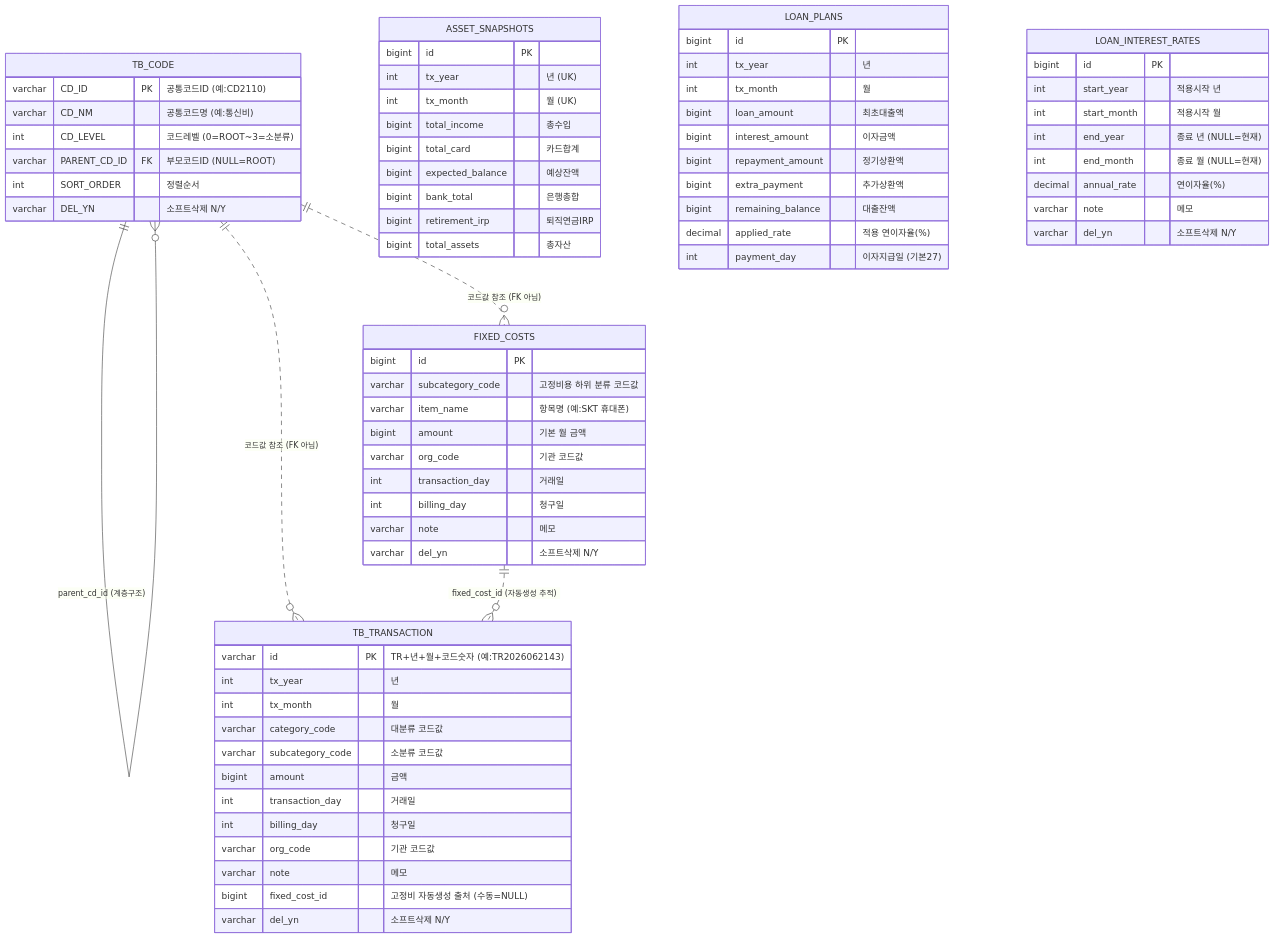
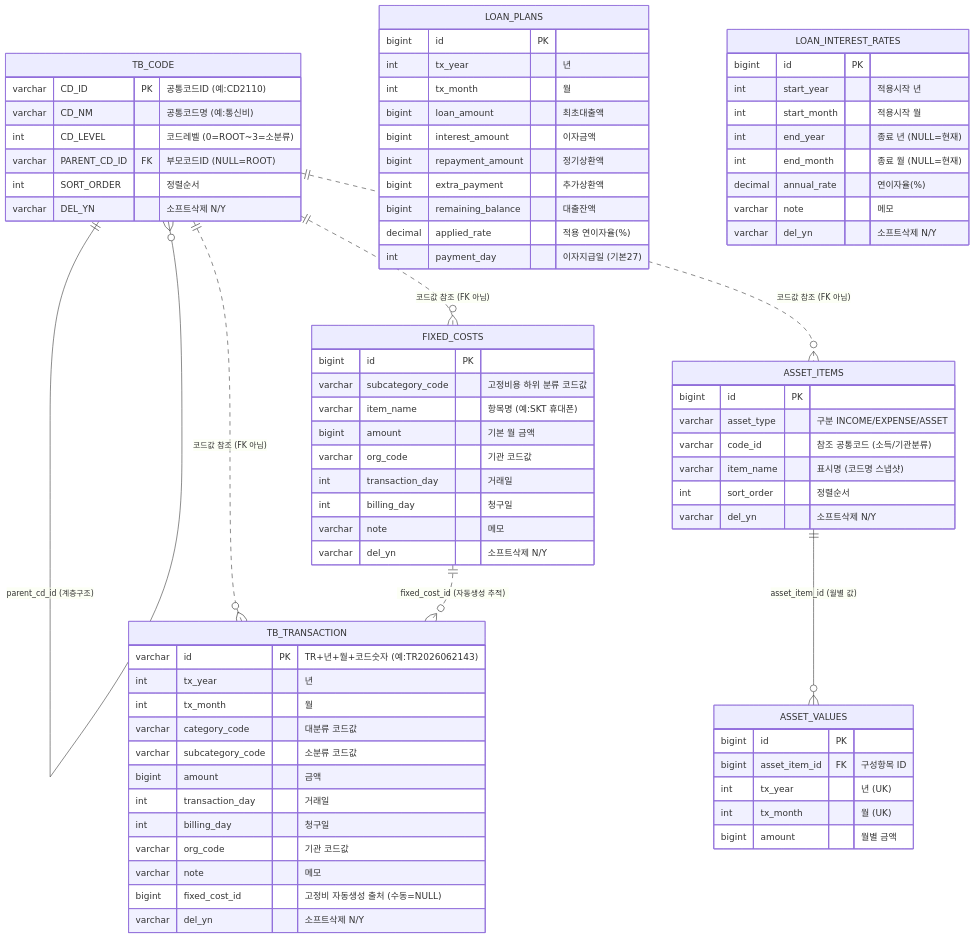
Before and after one commit to yeonzii/finance-app: the diagram in ERD.md, drawn with Mermaid. The commit also changed other lines of this file and 4 other files, not shown here.

First line of the commit message:
refactor: 자산현황 데이터모델 정리 (ERD 갱신 + 레거시 제거)

```diff
--- a/ERD.md
+++ b/ERD.md
@@ -10,7 +10,9 @@
     TB_CODE ||--o{ TB_CODE : "parent_cd_id (계층구조)"
     TB_CODE ||..o{ TB_TRANSACTION : "코드값 참조 (FK 아님)"
     TB_CODE ||..o{ FIXED_COSTS : "코드값 참조 (FK 아님)"
+    TB_CODE ||..o{ ASSET_ITEMS : "코드값 참조 (FK 아님)"
     FIXED_COSTS ||..o{ TB_TRANSACTION : "fixed_cost_id (자동생성 추적)"
+    ASSET_ITEMS ||--o{ ASSET_VALUES : "asset_item_id (월별 값)"
 
     TB_CODE {
         varchar CD_ID PK "공통코드ID (예:CD2110)"
@@ -48,16 +50,21 @@
         varchar del_yn "소프트삭제 N/Y"
     }
 
-    ASSET_SNAPSHOTS {
+    ASSET_ITEMS {
         bigint id PK
+        varchar asset_type "구분 INCOME/EXPENSE/ASSET"
+        varchar code_id "참조 공통코드 (소득/기관분류)"
+        varchar item_name "표시명 (코드명 스냅샷)"
+        int sort_order "정렬순서"
+        varchar del_yn "소프트삭제 N/Y"
+    }
+
+    ASSET_VALUES {
+        bigint id PK
+        bigint asset_item_id FK "구성항목 ID"
         int tx_year "년 (UK)"
         int tx_month "월 (UK)"
-        bigint total_income "총수입"
-        bigint total_card "카드합계"
-        bigint expected_balance "예상잔액"
-        bigint bank_total "은행총합"
-        bigint retirement_irp "퇴직연금IRP"
-        bigint total_assets "총자산"
+        bigint amount "월별 금액"
     }
 
     LOAN_PLANS {
```
